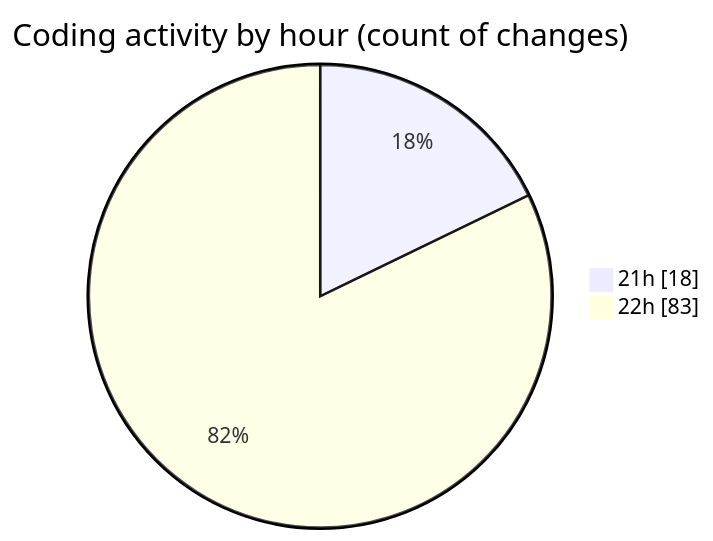
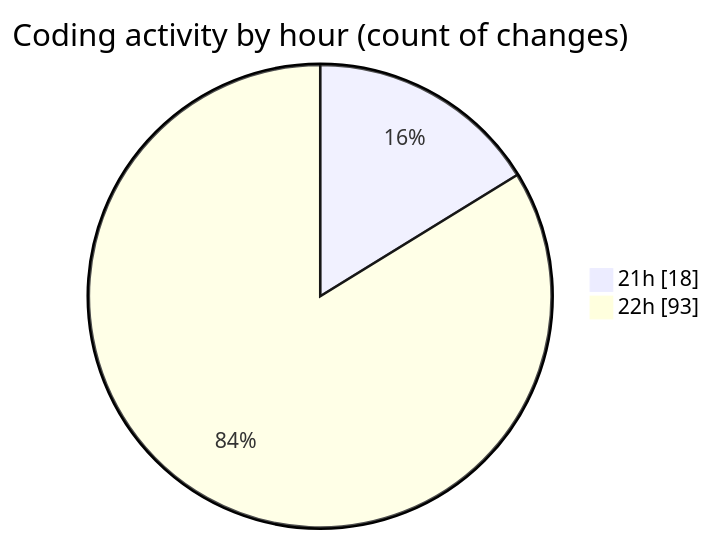
Before and after one commit to Ritupan-Deka/code-tracking: the second of 2 diagrams in 2025-12-27/rust/README.md, drawn with Mermaid. The commit also changed other lines of this file and 1 other file, not shown here.

````diff
--- a/2025-12-27/rust/README.md
+++ b/2025-12-27/rust/README.md
@@ -30,6 +30,6 @@
 ```mermaid
 pie showData
 title Coding activity by hour (count of changes)
 "21h" : 18
-"22h" : 83
+"22h" : 93
 ```
````
